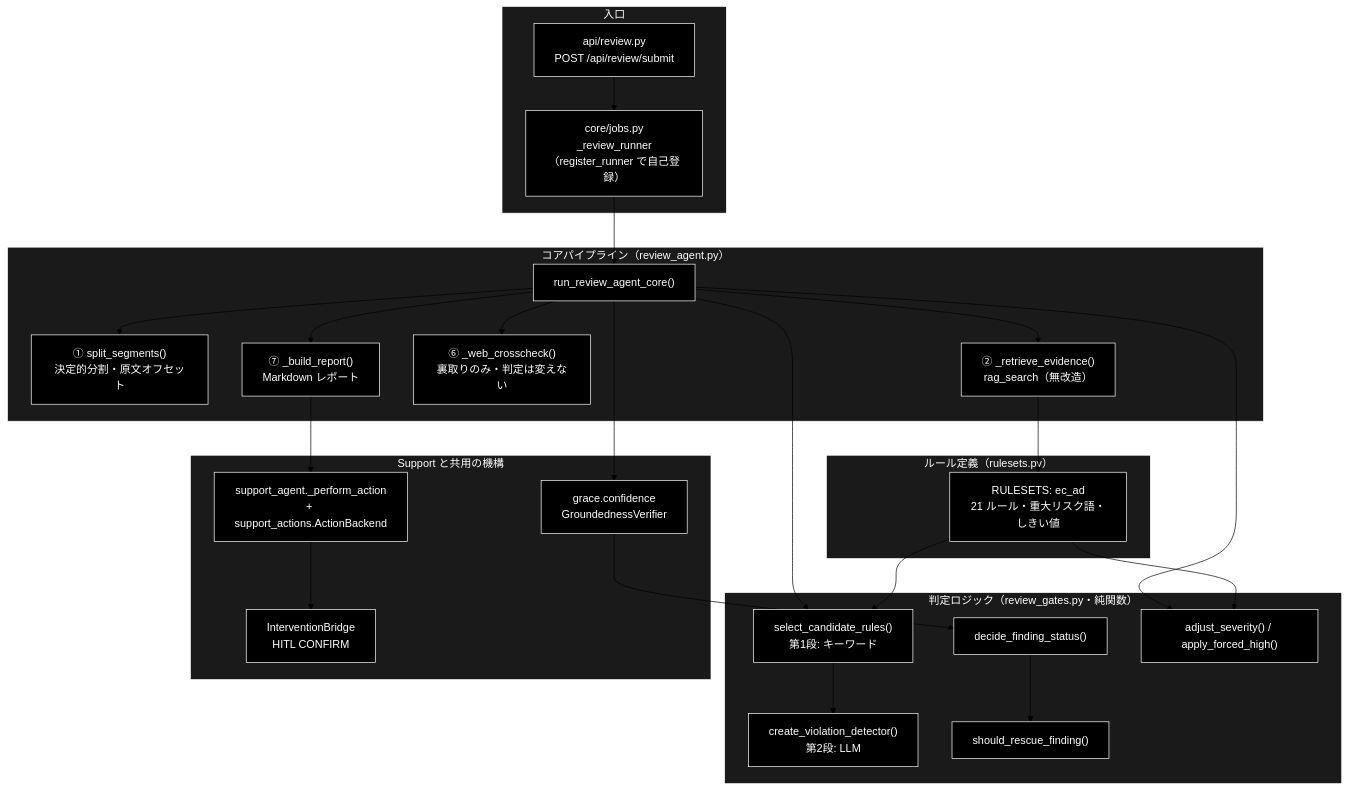
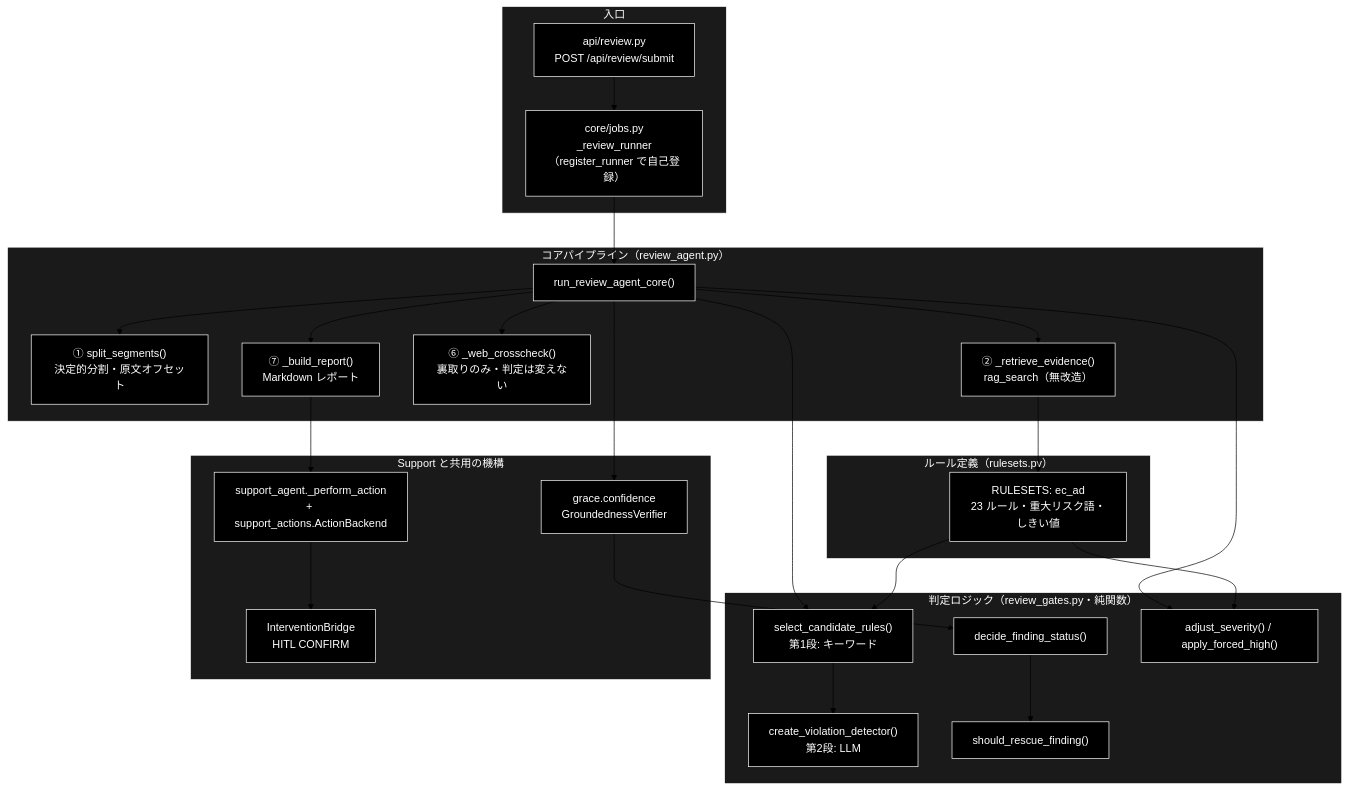
The first of 3 diagrams in backend/docs/review_flow.md (nakashima2toshio/grace_v2), drawn with Mermaid (forest theme) before and after one commit. The commit also changed other lines of this file and 6 other files, not shown here.

````diff
--- a/backend/docs/review_flow.md
+++ b/backend/docs/review_flow.md
@@ -86,59 +86,59 @@
 ```mermaid
 flowchart TB
     subgraph ENTRY["入口"]
         API["api/review.py<br>POST /api/review/submit"]
         JOBS["core/jobs.py<br>_review_runner（register_runner で自己登録）"]
     end
 
     subgraph PIPELINE["コアパイプライン（review_agent.py）"]
         CORE["run_review_agent_core()"]
         SEG["① split_segments()<br>決定的分割・原文オフセット"]
         RET["② _retrieve_evidence()<br>rag_search（無改造）"]
         WEB["⑥ _web_crosscheck()<br>裏取りのみ・判定は変えない"]
         REP["⑦ _build_report()<br>Markdown レポート"]
     end
 
     subgraph GATES["判定ロジック（review_gates.py・純関数）"]
         SEL["select_candidate_rules()<br>第1段: キーワード"]
         DET["create_violation_detector()<br>第2段: LLM"]
         STAT["decide_finding_status()"]
         RESC["should_rescue_finding()"]
         SEV["adjust_severity() / apply_forced_high()"]
     end
 
     subgraph SHARED["Support と共用の機構"]
         VERIF["grace.confidence<br>GroundednessVerifier"]
         ACT["support_agent._perform_action<br>+ support_actions.ActionBackend"]
         BRIDGE["InterventionBridge<br>HITL CONFIRM"]
     end
 
     subgraph RULES["ルール定義（rulesets.py）"]
-        RS["RULESETS: ec_ad<br>21 ルール・重大リスク語・しきい値"]
+        RS["RULESETS: ec_ad<br>23 ルール・重大リスク語・しきい値"]
     end
 
     API --> JOBS
     JOBS --> CORE
     CORE --> SEG
     CORE --> RET
     CORE --> SEL
     SEL --> DET
     CORE --> VERIF
     VERIF --> STAT
     STAT --> RESC
     CORE --> WEB
     CORE --> SEV
     CORE --> REP
     REP --> ACT
     ACT --> BRIDGE
     RS --> SEL
     RS --> SEV
     RET --> RS
 classDef default fill:#000,stroke:#fff,color:#fff
 classDef subgraphStyle fill:#1a1a1a,stroke:#fff,color:#fff
 class API,JOBS,CORE,SEG,RET,WEB,REP,SEL,DET,STAT,RESC,SEV,VERIF,ACT,BRIDGE,RS default
 style ENTRY fill:#1a1a1a,stroke:#fff,color:#fff
 style PIPELINE fill:#1a1a1a,stroke:#fff,color:#fff
 style GATES fill:#1a1a1a,stroke:#fff,color:#fff
 style SHARED fill:#1a1a1a,stroke:#fff,color:#fff
 style RULES fill:#1a1a1a,stroke:#fff,color:#fff
 ```
````
